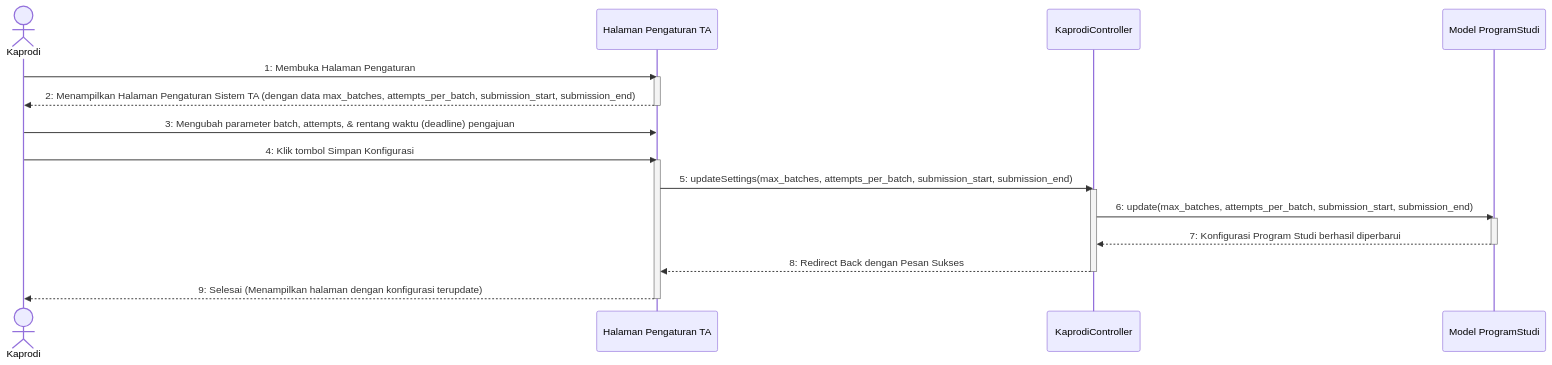
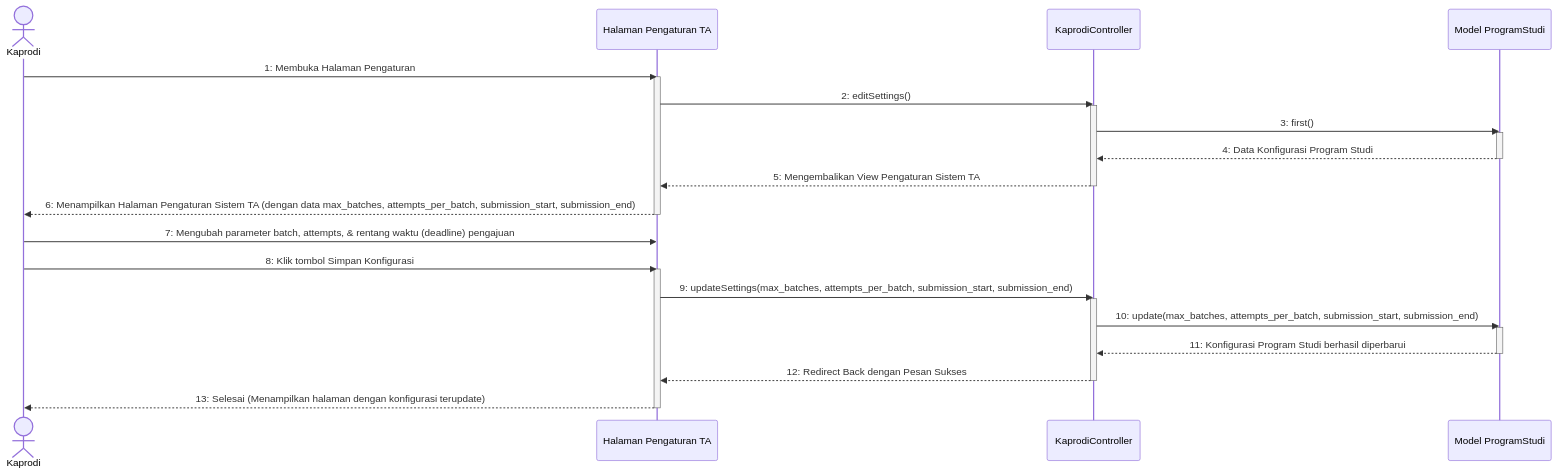
One commit to Duandi04/ta_submission changed the diagram in docs/uml/Sequence Diagram/Kaprodi/sequence_diagram_pengaturan_ta.md. Above: the diagram before and after it, drawn with Mermaid. The commit also changed 7 other files, not shown here.

Commit message:
docs: add sequence diagrams for Kaprodi management and user profile features

````diff
--- a/docs/uml/Sequence Diagram/Kaprodi/sequence_diagram_pengaturan_ta.md
+++ b/docs/uml/Sequence Diagram/Kaprodi/sequence_diagram_pengaturan_ta.md
@@ -5,26 +5,34 @@
 ```mermaid
 sequenceDiagram
     actor Kaprodi as Kaprodi
     participant UI as Halaman Pengaturan TA
     participant Ctrl as KaprodiController
     participant Model as Model ProgramStudi
 
     Kaprodi->>UI: 1: Membuka Halaman Pengaturan
     activate UI
-    UI-->>Kaprodi: 2: Menampilkan Halaman Pengaturan Sistem TA (dengan data max_batches, attempts_per_batch, submission_start, submission_end)
+    UI->>Ctrl: 2: editSettings()
+    activate Ctrl
+    Ctrl->>Model: 3: first()
+    activate Model
+    Model-->>Ctrl: 4: Data Konfigurasi Program Studi
+    deactivate Model
+    Ctrl-->>UI: 5: Mengembalikan View Pengaturan Sistem TA
+    deactivate Ctrl
+    UI-->>Kaprodi: 6: Menampilkan Halaman Pengaturan Sistem TA (dengan data max_batches, attempts_per_batch, submission_start, submission_end)
     deactivate UI
 
-    Kaprodi->>UI: 3: Mengubah parameter batch, attempts, & rentang waktu (deadline) pengajuan
-    Kaprodi->>UI: 4: Klik tombol Simpan Konfigurasi
+    Kaprodi->>UI: 7: Mengubah parameter batch, attempts, & rentang waktu (deadline) pengajuan
+    Kaprodi->>UI: 8: Klik tombol Simpan Konfigurasi
     activate UI
-    UI->>Ctrl: 5: updateSettings(max_batches, attempts_per_batch, submission_start, submission_end)
+    UI->>Ctrl: 9: updateSettings(max_batches, attempts_per_batch, submission_start, submission_end)
     activate Ctrl
-    Ctrl->>Model: 6: update(max_batches, attempts_per_batch, submission_start, submission_end)
+    Ctrl->>Model: 10: update(max_batches, attempts_per_batch, submission_start, submission_end)
     activate Model
-    Model-->>Ctrl: 7: Konfigurasi Program Studi berhasil diperbarui
+    Model-->>Ctrl: 11: Konfigurasi Program Studi berhasil diperbarui
     deactivate Model
-    Ctrl-->>UI: 8: Redirect Back dengan Pesan Sukses
+    Ctrl-->>UI: 12: Redirect Back dengan Pesan Sukses
     deactivate Ctrl
-    UI-->>Kaprodi: 9: Selesai (Menampilkan halaman dengan konfigurasi terupdate)
+    UI-->>Kaprodi: 13: Selesai (Menampilkan halaman dengan konfigurasi terupdate)
     deactivate UI
 ```
````
